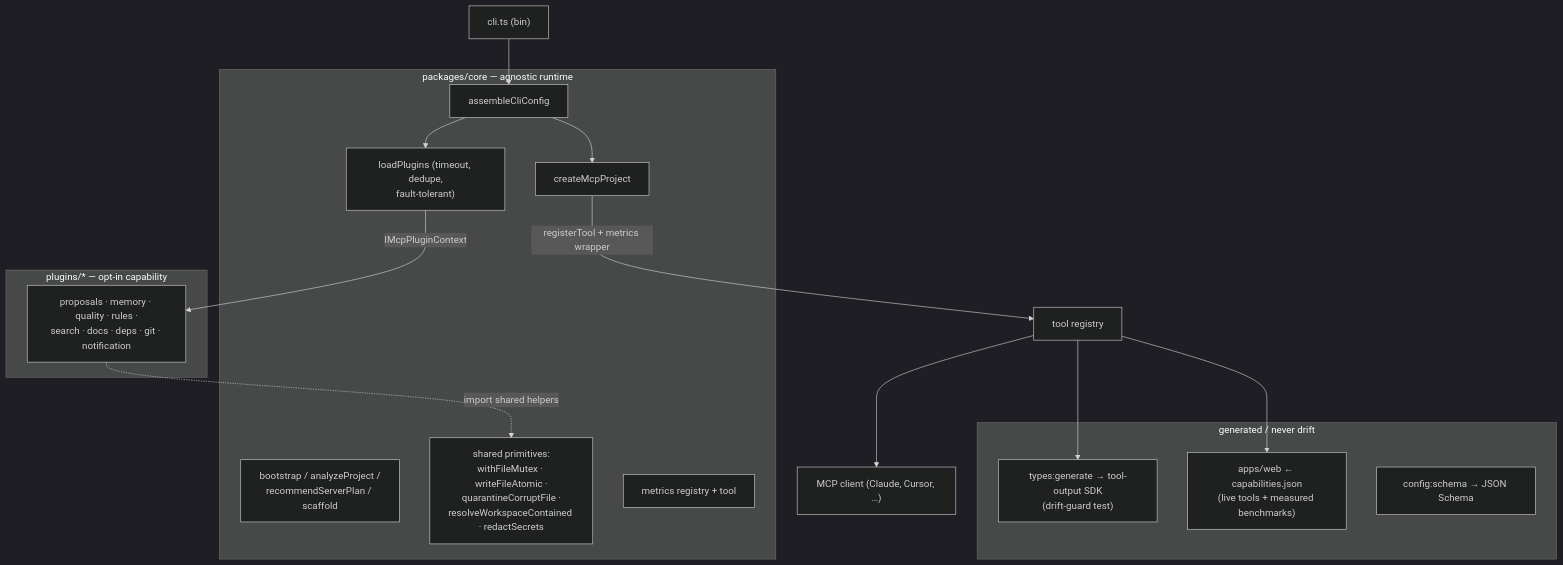
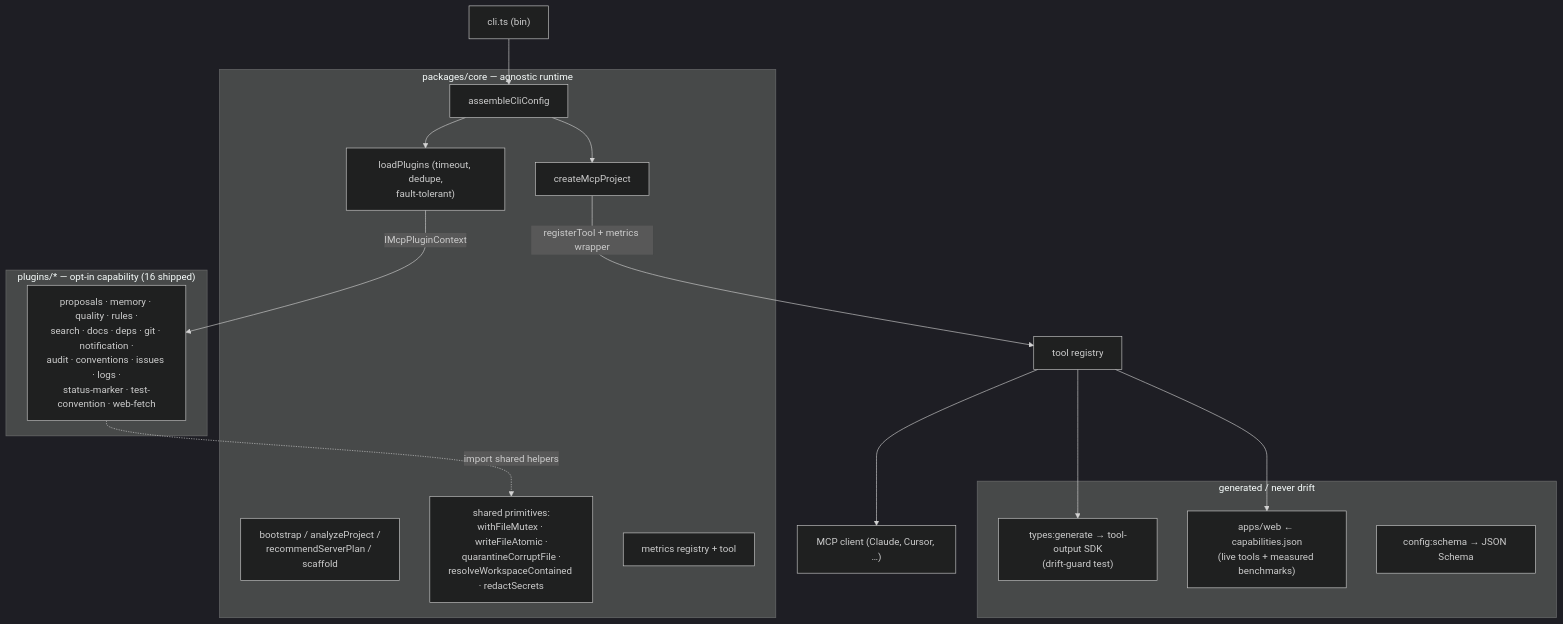
One commit to CartagoGit/DelendAI changed the diagram in docs/ARCHITECTURE.md. Above: the diagram before and after it, drawn with Mermaid (dark theme). The commit also changed 35 other files, not shown here.

````diff
--- a/docs/ARCHITECTURE.md
+++ b/docs/ARCHITECTURE.md
@@ -16,32 +16,32 @@
 ```mermaid
 graph TD
     CLI["cli.ts (bin)"] --> ASM["assembleCliConfig"]
     ASM --> LOAD["loadPlugins (timeout, dedupe,<br/>fault-tolerant)"]
     ASM --> SRV["createMcpProject"]
     LOAD -->|"IMcpPluginContext"| PLUGINS
     SRV -->|"registerTool + metrics wrapper"| REG["tool registry"]
 
     subgraph core["packages/core — agnostic runtime"]
         ASM
         LOAD
         SRV
         BOOT["bootstrap / analyzeProject /<br/>recommendServerPlan / scaffold"]
         SHARED["shared primitives:<br/>withFileMutex · writeFileAtomic ·<br/>quarantineCorruptFile ·<br/>resolveWorkspaceContained · redactSecrets"]
         METRICS["metrics registry + tool"]
     end
 
-    subgraph plugins["plugins/* — opt-in capability"]
-        PLUGINS["proposals · memory · quality · rules ·<br/>search · docs · deps · git · notification"]
+    subgraph plugins["plugins/* — opt-in capability (16 shipped)"]
+        PLUGINS["proposals · memory · quality · rules ·<br/>search · docs · deps · git · notification ·<br/>audit · conventions · issues · logs ·<br/>status-marker · test-convention · web-fetch"]
     end
 
     PLUGINS -.->|"import shared helpers"| SHARED
     REG --> CLIENT["MCP client (Claude, Cursor, …)"]
 
     subgraph derived["generated / never drift"]
         SDK["types:generate → tool-output SDK<br/>(drift-guard test)"]
         WEB["apps/web ← capabilities.json<br/>(live tools + measured benchmarks)"]
         SCHEMA["config:schema → JSON Schema"]
     end
     REG --> SDK
     REG --> WEB
 ```
````
